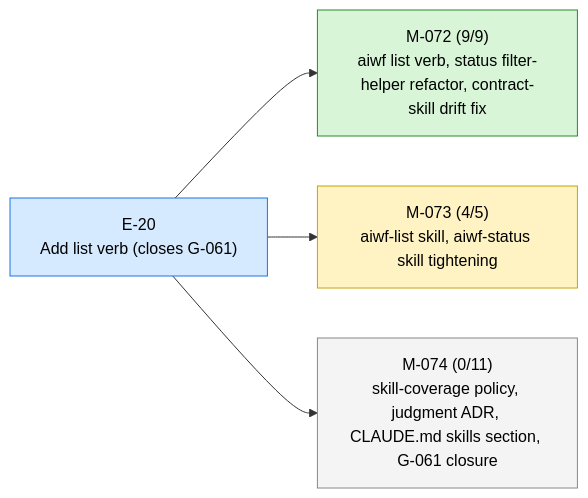
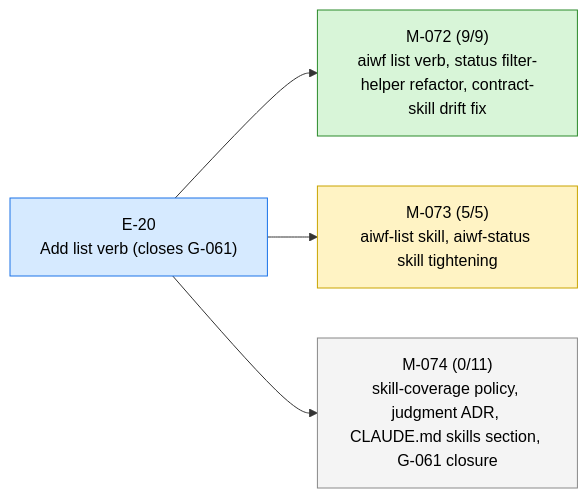
The first of 2 diagrams in STATUS.md (23min/aiwf), drawn with Mermaid before and after one commit. The commit also changed other lines of this file and 1 other file, not shown here.

First line of the commit message:
aiwf promote M-073/AC-5 open -> met

````diff
--- a/STATUS.md
+++ b/STATUS.md
@@ -13,16 +13,16 @@
 ```mermaid
 flowchart LR
   E_20["E-20<br/>Add list verb (closes G-061)"]:::epic_active
   M_072["M-072 (9/9)<br/>aiwf list verb, status filter-helper refactor, contract-skill drift fix"]:::ms_done
   E_20 --> M_072
-  M_073["M-073 (4/5)<br/>aiwf-list skill, aiwf-status skill tightening"]:::ms_in_progress
+  M_073["M-073 (5/5)<br/>aiwf-list skill, aiwf-status skill tightening"]:::ms_in_progress
   E_20 --> M_073
   M_074["M-074 (0/11)<br/>skill-coverage policy, judgment ADR, CLAUDE.md skills section, G-061 closure"]:::ms_draft
   E_20 --> M_074
   classDef epic_active fill:#d6eaff,stroke:#1a73e8,color:#000
   classDef epic_proposed fill:#f4f4f4,stroke:#888,color:#000
   classDef ms_done fill:#d8f5d8,stroke:#2a8a2a,color:#000
   classDef ms_in_progress fill:#fff3c4,stroke:#caa400,color:#000
   classDef ms_draft fill:#f4f4f4,stroke:#888,color:#000
   classDef ms_cancelled fill:#fbeaea,stroke:#c33,color:#000
 ```
````
